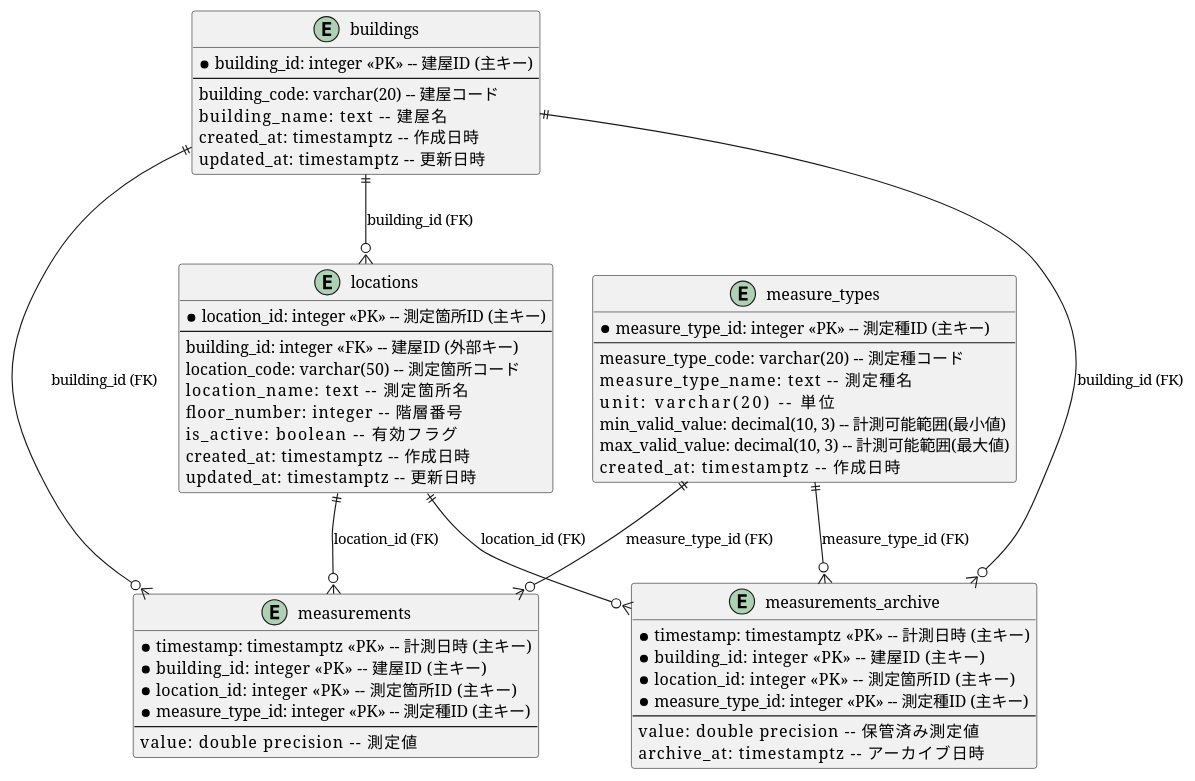
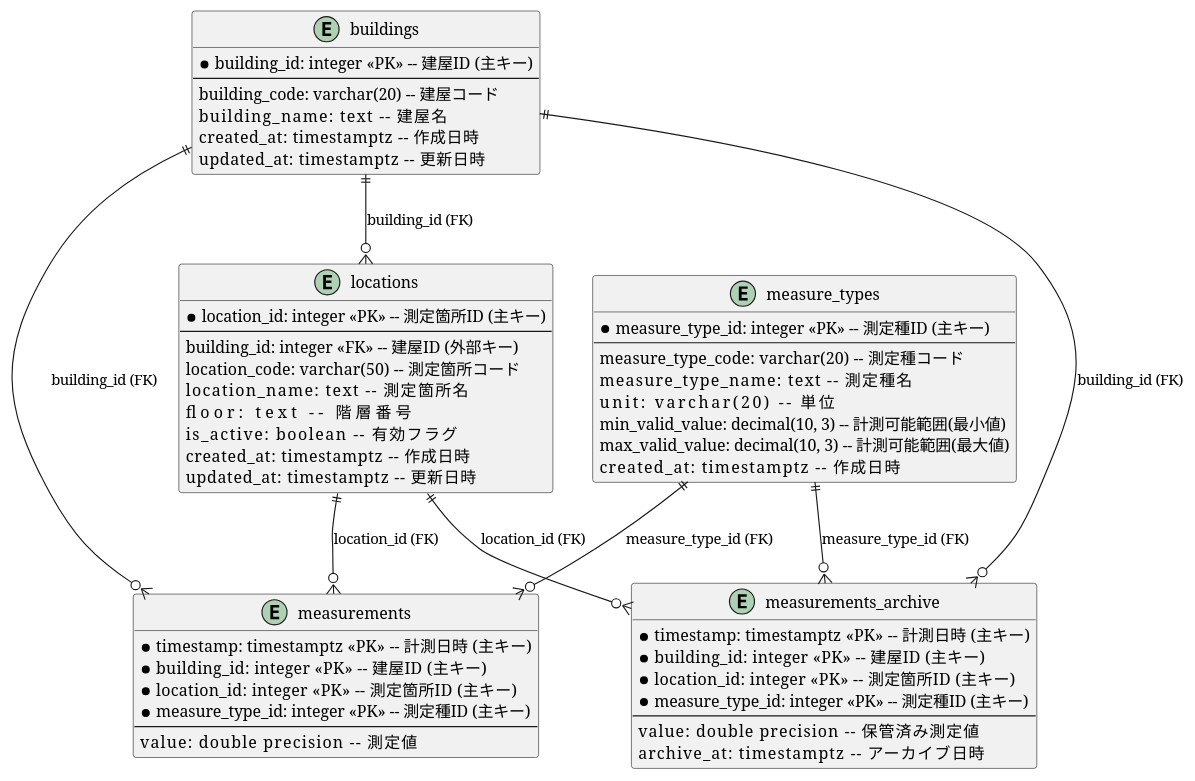
The diagram in db/er.puml (17712397/IoT_Monitor), drawn with PlantUML before and after one commit.

Commit message:
テーブル再設計

```diff
--- a/db/er.puml
+++ b/db/er.puml
@@ -1,63 +1,63 @@
 @startuml er
 
 entity "buildings" {
     *building_id: integer <<PK>>  -- 建屋ID (主キー)
     --
     building_code: varchar(20)  -- 建屋コード
     building_name: text         -- 建屋名
     created_at: timestamptz     -- 作成日時
     updated_at: timestamptz     -- 更新日時
 }
 
 entity "locations" {
     *location_id: integer <<PK>> -- 測定箇所ID (主キー)
     --
     building_id: integer <<FK>>  -- 建屋ID (外部キー)
     location_code: varchar(50)   -- 測定箇所コード
     location_name: text          -- 測定箇所名
-    floor_number: integer        -- 階層番号
+    floor: text                  -- 階層番号
     is_active: boolean           -- 有効フラグ
     created_at: timestamptz      -- 作成日時
     updated_at: timestamptz      -- 更新日時
 }
 
 entity "measure_types" {
     *measure_type_id: integer <<PK>> -- 測定種ID (主キー)
     --
     measure_type_code: varchar(20)   -- 測定種コード
     measure_type_name: text          -- 測定種名
     unit: varchar(20)                -- 単位
     min_valid_value: decimal(10, 3)  -- 計測可能範囲(最小値)
     max_valid_value: decimal(10, 3)  -- 計測可能範囲(最大値)
     created_at: timestamptz          -- 作成日時
 }
 
 entity "measurements" {
     *timestamp: timestamptz <<PK>>   -- 計測日時 (主キー)
     *building_id: integer <<PK>>     -- 建屋ID (主キー)
     *location_id: integer <<PK>>     -- 測定箇所ID (主キー)
     *measure_type_id: integer <<PK>> -- 測定種ID (主キー)
     --
     value: double precision          -- 測定値
 }
 
 entity "measurements_archive" {
     *timestamp: timestamptz <<PK>>   -- 計測日時 (主キー)
     *building_id: integer <<PK>>     -- 建屋ID (主キー)
     *location_id: integer <<PK>>     -- 測定箇所ID (主キー)
     *measure_type_id: integer <<PK>> -- 測定種ID (主キー)
     --
     value: double precision          -- 保管済み測定値
     archive_at: timestamptz          -- アーカイブ日時
 }
 
 ' リレーションシップ定義
 buildings ||--o{ locations : "building_id (FK)"
 measure_types ||--o{ measurements : "measure_type_id (FK)"
 measure_types ||--o{ measurements_archive : "measure_type_id (FK)"
 locations ||--o{ measurements : "location_id (FK)"
 locations ||--o{ measurements_archive : "location_id (FK)"
 buildings ||--o{ measurements : "building_id (FK)"
 buildings ||--o{ measurements_archive : "building_id (FK)"
 
 @enduml
```
